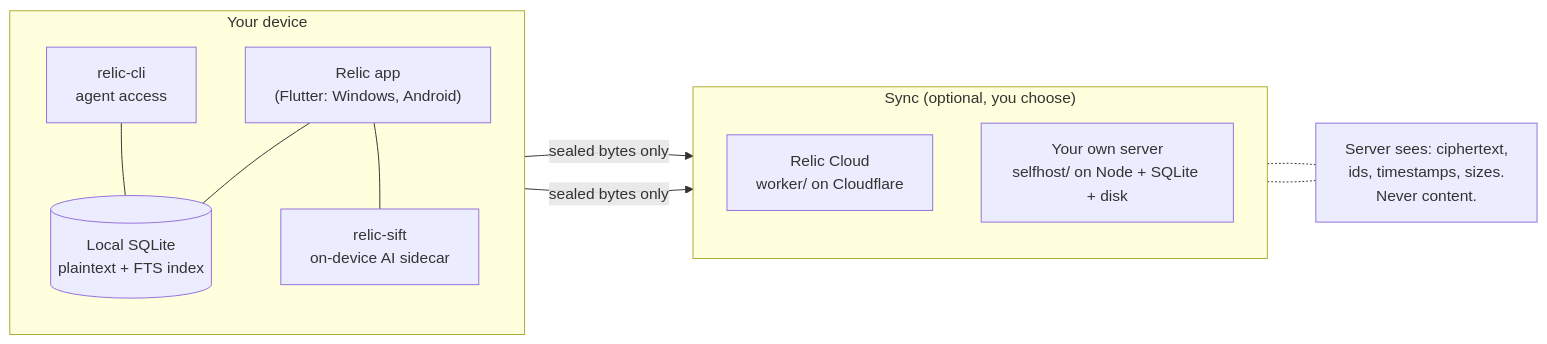
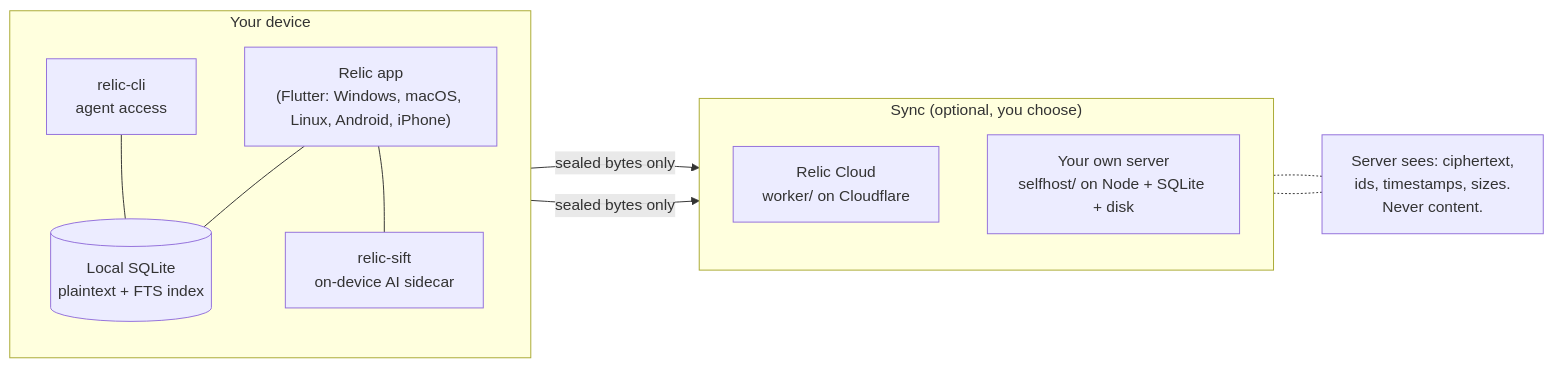
Before and after one commit to RelicSync/relic: the diagram in README.md, drawn with Mermaid. The commit also changed other lines of this file and 3 other files, not shown here.

````diff
--- a/README.md
+++ b/README.md
@@ -105,25 +105,25 @@
 ```mermaid
 flowchart LR
   subgraph device["Your device"]
     direction TB
-    app["Relic app<br/>(Flutter: Windows, Android)"]
+    app["Relic app<br/>(Flutter: Windows, macOS, Linux, Android, iPhone)"]
     db[("Local SQLite<br/>plaintext + FTS index")]
     sift["relic-sift<br/>on-device AI sidecar"]
     cli["relic-cli<br/>agent access"]
     app --- db
     app --- sift
     cli --- db
   end
 
   subgraph sync["Sync (optional, you choose)"]
     direction TB
     cloud["Relic Cloud<br/>worker/ on Cloudflare"]
     own["Your own server<br/>selfhost/ on Node + SQLite + disk"]
   end
 
   app -- "sealed bytes only" --> cloud
   app -- "sealed bytes only" --> own
 
   cloud -.- note["Server sees: ciphertext,<br/>ids, timestamps, sizes.<br/>Never content."]
   own -.- note
 ```
````
